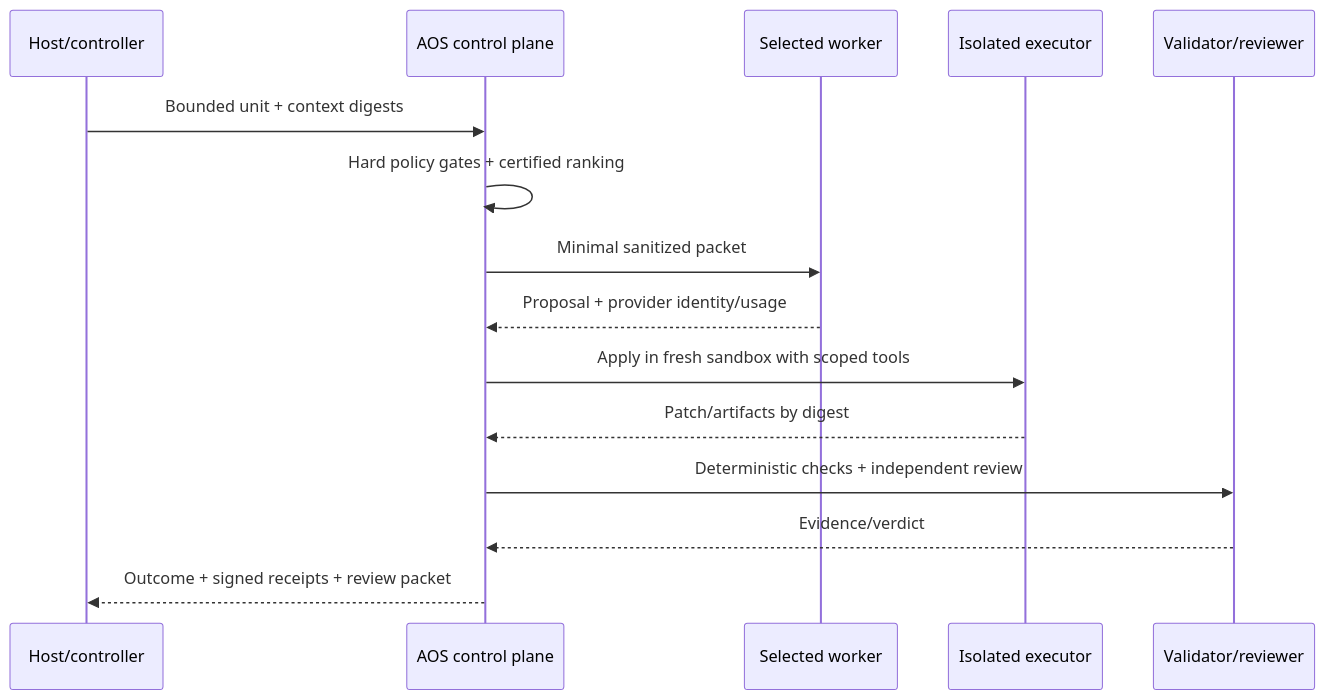
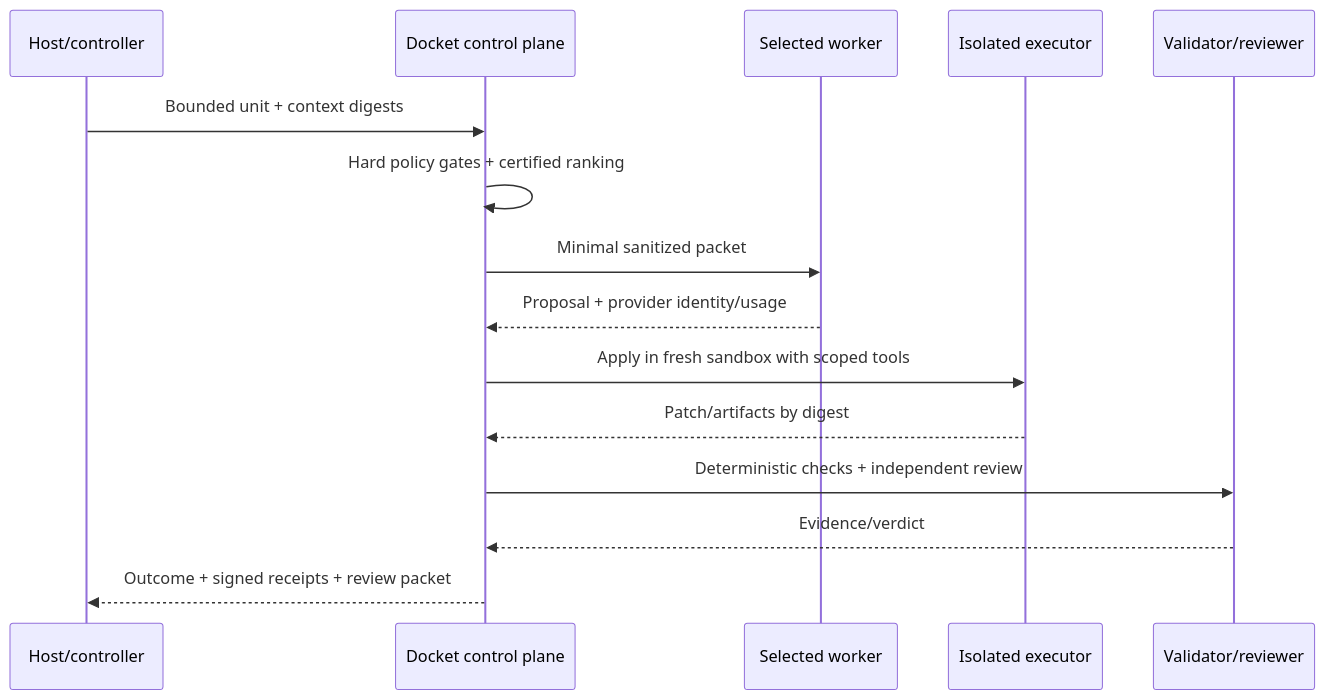
The second of 2 diagrams in docs/architecture/adr-001-routing-boundary.md (divyansh-ctrl/docket), drawn with Mermaid before and after one commit. The commit also changed other lines of this file and 23 other files, not shown here.

````diff
--- a/docs/architecture/adr-001-routing-boundary.md
+++ b/docs/architecture/adr-001-routing-boundary.md
@@ -101,18 +101,18 @@
 ```mermaid
 sequenceDiagram
     participant H as Host/controller
-    participant A as AOS control plane
+    participant A as Docket control plane
     participant W as Selected worker
     participant X as Isolated executor
     participant V as Validator/reviewer
 
     H->>A: Bounded unit + context digests
     A->>A: Hard policy gates + certified ranking
     A->>W: Minimal sanitized packet
     W-->>A: Proposal + provider identity/usage
     A->>X: Apply in fresh sandbox with scoped tools
     X-->>A: Patch/artifacts by digest
     A->>V: Deterministic checks + independent review
     V-->>A: Evidence/verdict
     A-->>H: Outcome + signed receipts + review packet
 ```
````
